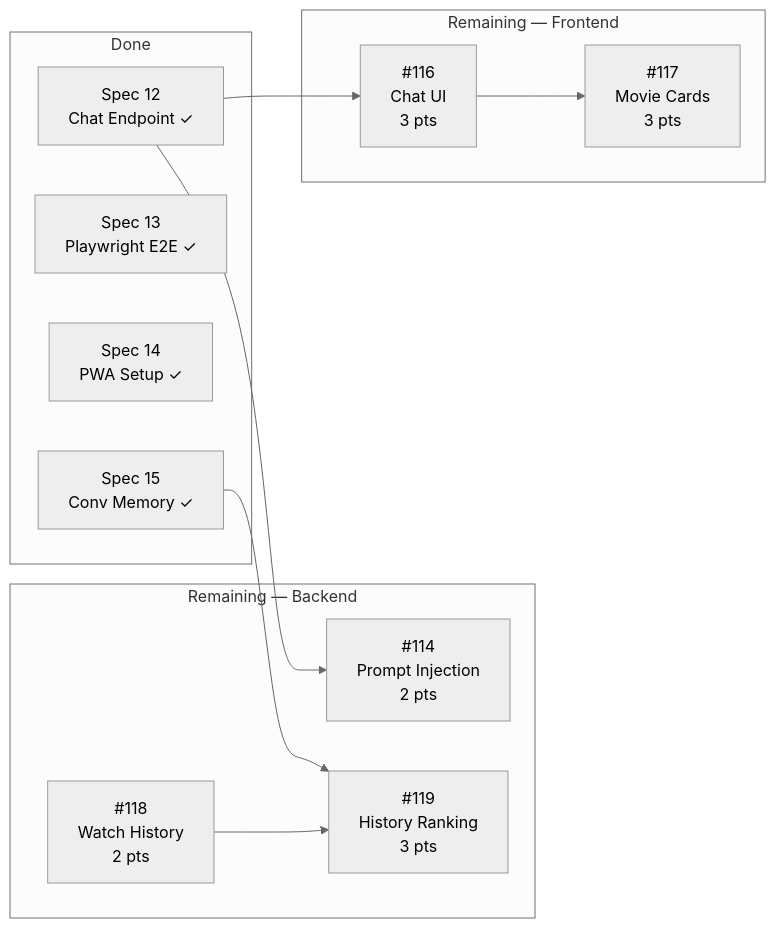
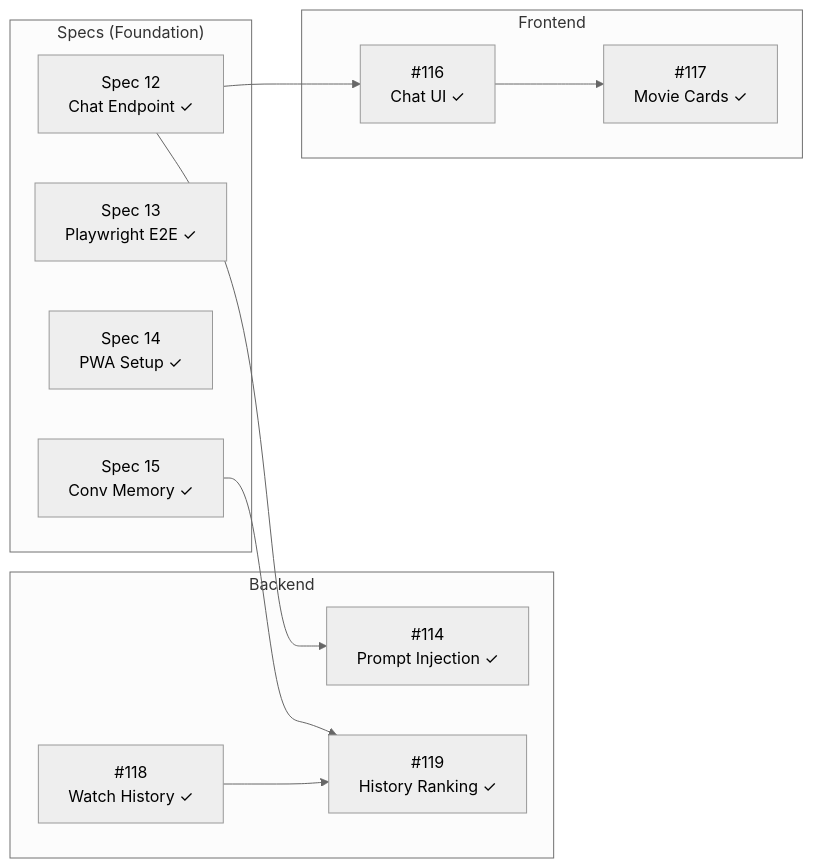
Before and after one commit to PCritchfield/ai-movie-suggester: the fourth of 5 diagrams in ARCHITECTURE.md, drawn with Mermaid (neutral theme). The commit also changed other lines of this file, not shown here.

First line of the commit message:
docs: reconcile epic roadmap status + add Epic 5 (#256)

````diff
--- a/ARCHITECTURE.md
+++ b/ARCHITECTURE.md
@@ -231,24 +235,24 @@
 ```mermaid
 flowchart LR
-    subgraph Done
+    subgraph "Specs (Foundation)"
         S12["Spec 12<br/>Chat Endpoint ✓"]
         S13["Spec 13<br/>Playwright E2E ✓"]
         S14["Spec 14<br/>PWA Setup ✓"]
         S15["Spec 15<br/>Conv Memory ✓"]
     end
-    subgraph "Remaining — Backend"
-        I114["#114<br/>Prompt Injection<br/>2 pts"]
-        I118["#118<br/>Watch History<br/>2 pts"]
-        I119["#119<br/>History Ranking<br/>3 pts"]
+    subgraph "Backend"
+        I114["#114<br/>Prompt Injection ✓"]
+        I118["#118<br/>Watch History ✓"]
+        I119["#119<br/>History Ranking ✓"]
     end
-    subgraph "Remaining — Frontend"
-        I116["#116<br/>Chat UI<br/>3 pts"]
-        I117["#117<br/>Movie Cards<br/>3 pts"]
+    subgraph "Frontend"
+        I116["#116<br/>Chat UI ✓"]
+        I117["#117<br/>Movie Cards ✓"]
     end
 
     S12 --> I114
     S12 --> I116
     S15 --> I119
     I118 --> I119
     I116 --> I117
 ```
````
